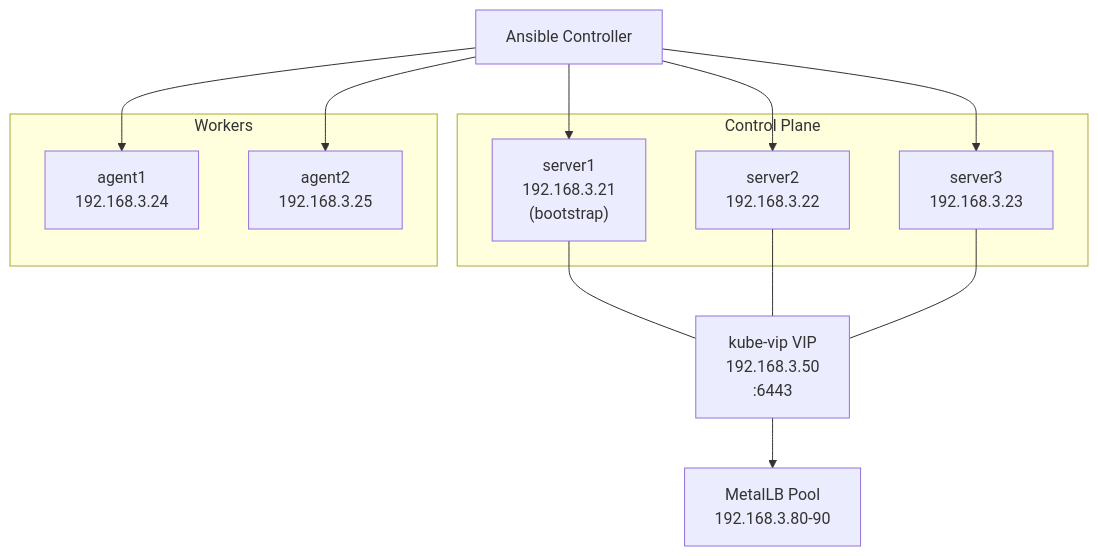
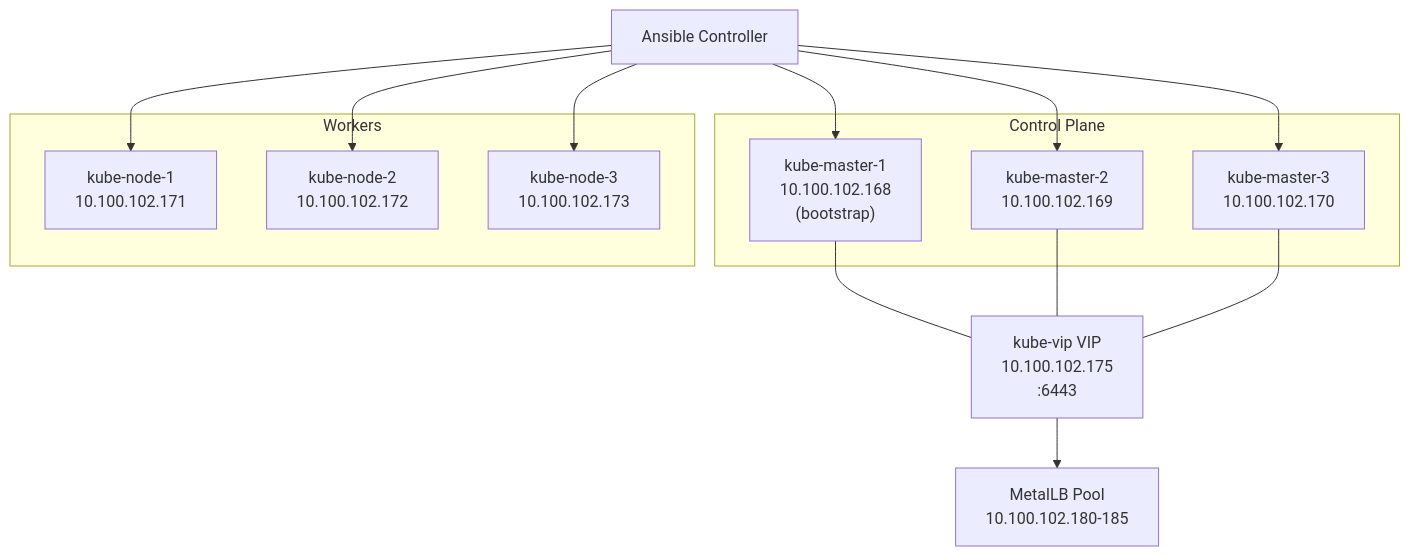
Before and after one commit to SimonJan2/Ansible: the first of 2 diagrams in README.md, drawn with Mermaid. The commit also changed other lines of this file and 13 other files, not shown here.

Commit message:
Enhance Ansible configuration for RKE2 homelab: update inventory and group variables, add Longhorn prerequisites, and modify server templates for new node structure. Update README with accurate node IPs and deployment details.

````diff
--- a/README.md
+++ b/README.md
@@ -15,30 +20,32 @@
 ```mermaid
 flowchart TD
     ansible[Ansible Controller]
 
     subgraph controlPlane [Control Plane]
-        server1["server1\n192.168.3.21\n(bootstrap)"]
-        server2["server2\n192.168.3.22"]
-        server3["server3\n192.168.3.23"]
+        km1["kube-master-1\n10.100.102.168\n(bootstrap)"]
+        km2["kube-master-2\n10.100.102.169"]
+        km3["kube-master-3\n10.100.102.170"]
     end
 
     subgraph workers [Workers]
-        agent1["agent1\n192.168.3.24"]
-        agent2["agent2\n192.168.3.25"]
+        kn1["kube-node-1\n10.100.102.171"]
+        kn2["kube-node-2\n10.100.102.172"]
+        kn3["kube-node-3\n10.100.102.173"]
     end
 
-    vip["kube-vip VIP\n192.168.3.50\n:6443"]
-    metallb["MetalLB Pool\n192.168.3.80-90"]
+    vip["kube-vip VIP\n10.100.102.175\n:6443"]
+    metallb["MetalLB Pool\n10.100.102.180-185"]
 
-    ansible --> server1
-    ansible --> server2
-    ansible --> server3
-    ansible --> agent1
-    ansible --> agent2
+    ansible --> km1
+    ansible --> km2
+    ansible --> km3
+    ansible --> kn1
+    ansible --> kn2
+    ansible --> kn3
 
-    server1 --- vip
-    server2 --- vip
-    server3 --- vip
+    km1 --- vip
+    km2 --- vip
+    km3 --- vip
 
     vip --> metallb
 ```
````
